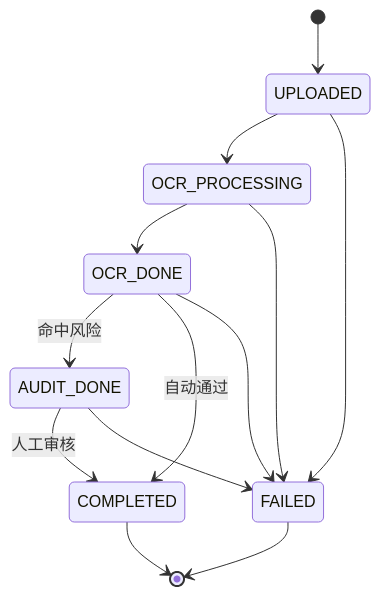
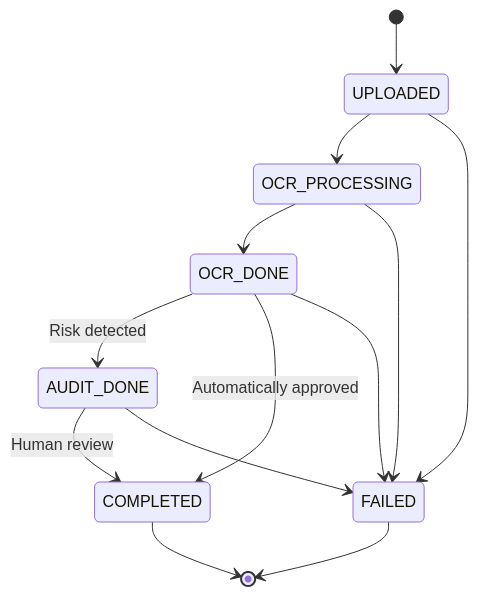
The third of 5 diagrams in README.md (Chuan1130/invoice-agent-system), drawn with Mermaid before and after one commit. The commit also changed other lines of this file, not shown here.

````diff
--- a/README.md
+++ b/README.md
@@ -136,15 +136,15 @@
 ```mermaid
 stateDiagram-v2
     [*] --> UPLOADED
     UPLOADED --> OCR_PROCESSING
     UPLOADED --> FAILED
     OCR_PROCESSING --> OCR_DONE
     OCR_PROCESSING --> FAILED
-    OCR_DONE --> AUDIT_DONE: 命中风险
-    OCR_DONE --> COMPLETED: 自动通过
+    OCR_DONE --> AUDIT_DONE: Risk detected
+    OCR_DONE --> COMPLETED: Automatically approved
     OCR_DONE --> FAILED
-    AUDIT_DONE --> COMPLETED: 人工审核
+    AUDIT_DONE --> COMPLETED: Human review
     AUDIT_DONE --> FAILED
     COMPLETED --> [*]
     FAILED --> [*]
 ```
````
